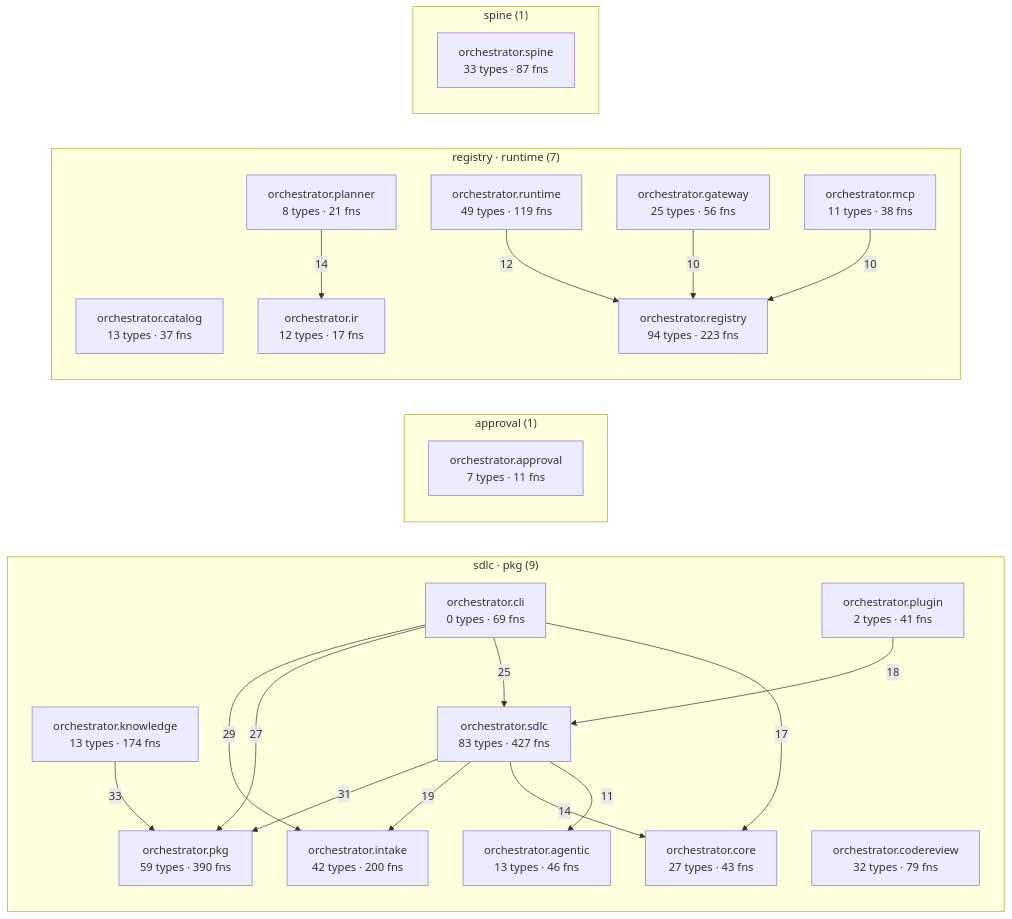
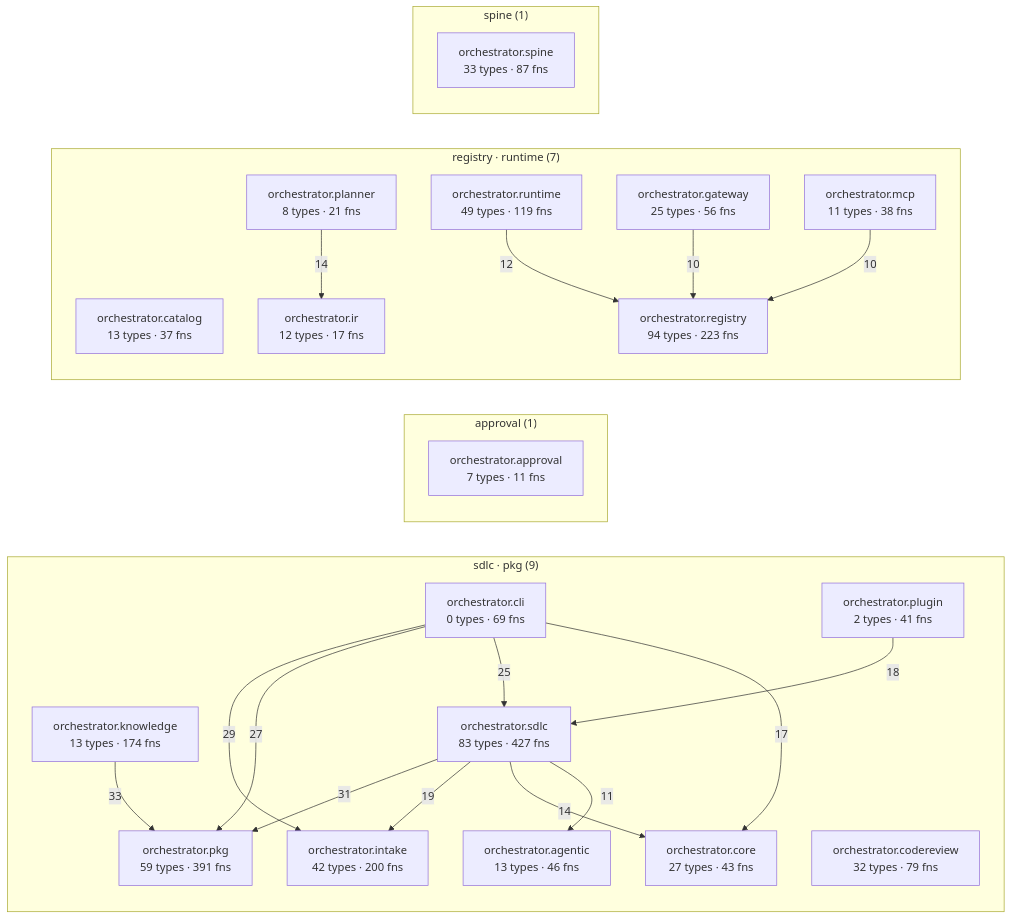
Before and after one commit to synaptixs/spine: the diagram in episteme/architecture.md, drawn with Mermaid. The commit also changed other lines of this file and 9 other files, not shown here.

````diff
--- a/episteme/architecture.md
+++ b/episteme/architecture.md
@@ -54,43 +54,43 @@
 ```mermaid
 flowchart LR
   subgraph c_1["sdlc · pkg (9)"]
     aorchestratoragentic["orchestrator.agentic<br/>13 types · 46 fns"]
     aorchestratorcli["orchestrator.cli<br/>0 types · 69 fns"]
     aorchestratorcodereview["orchestrator.codereview<br/>32 types · 79 fns"]
     aorchestratorcore["orchestrator.core<br/>27 types · 43 fns"]
     aorchestratorintake["orchestrator.intake<br/>42 types · 200 fns"]
     aorchestratorknowledge["orchestrator.knowledge<br/>13 types · 174 fns"]
-    aorchestratorpkg["orchestrator.pkg<br/>59 types · 390 fns"]
+    aorchestratorpkg["orchestrator.pkg<br/>59 types · 391 fns"]
     aorchestratorplugin["orchestrator.plugin<br/>2 types · 41 fns"]
     aorchestratorsdlc["orchestrator.sdlc<br/>83 types · 427 fns"]
   end
   subgraph c_2["approval (1)"]
     aorchestratorapproval["orchestrator.approval<br/>7 types · 11 fns"]
   end
   subgraph c_3["registry · runtime (7)"]
     aorchestratorcatalog["orchestrator.catalog<br/>13 types · 37 fns"]
     aorchestratorgateway["orchestrator.gateway<br/>25 types · 56 fns"]
     aorchestratorir["orchestrator.ir<br/>12 types · 17 fns"]
     aorchestratormcp["orchestrator.mcp<br/>11 types · 38 fns"]
     aorchestratorplanner["orchestrator.planner<br/>8 types · 21 fns"]
     aorchestratorregistry["orchestrator.registry<br/>94 types · 223 fns"]
     aorchestratorruntime["orchestrator.runtime<br/>49 types · 119 fns"]
   end
   subgraph c_10["spine (1)"]
     aorchestratorspine["orchestrator.spine<br/>33 types · 87 fns"]
   end
   aorchestratorknowledge -->|33| aorchestratorpkg
   aorchestratorsdlc -->|31| aorchestratorpkg
   aorchestratorcli -->|29| aorchestratorintake
   aorchestratorcli -->|27| aorchestratorpkg
   aorchestratorcli -->|25| aorchestratorsdlc
   aorchestratorsdlc -->|19| aorchestratorintake
   aorchestratorplugin -->|18| aorchestratorsdlc
   aorchestratorcli -->|17| aorchestratorcore
   aorchestratorplanner -->|14| aorchestratorir
   aorchestratorsdlc -->|14| aorchestratorcore
   aorchestratorruntime -->|12| aorchestratorregistry
   aorchestratorsdlc -->|11| aorchestratoragentic
   aorchestratorgateway -->|10| aorchestratorregistry
   aorchestratormcp -->|10| aorchestratorregistry
 ```
````
